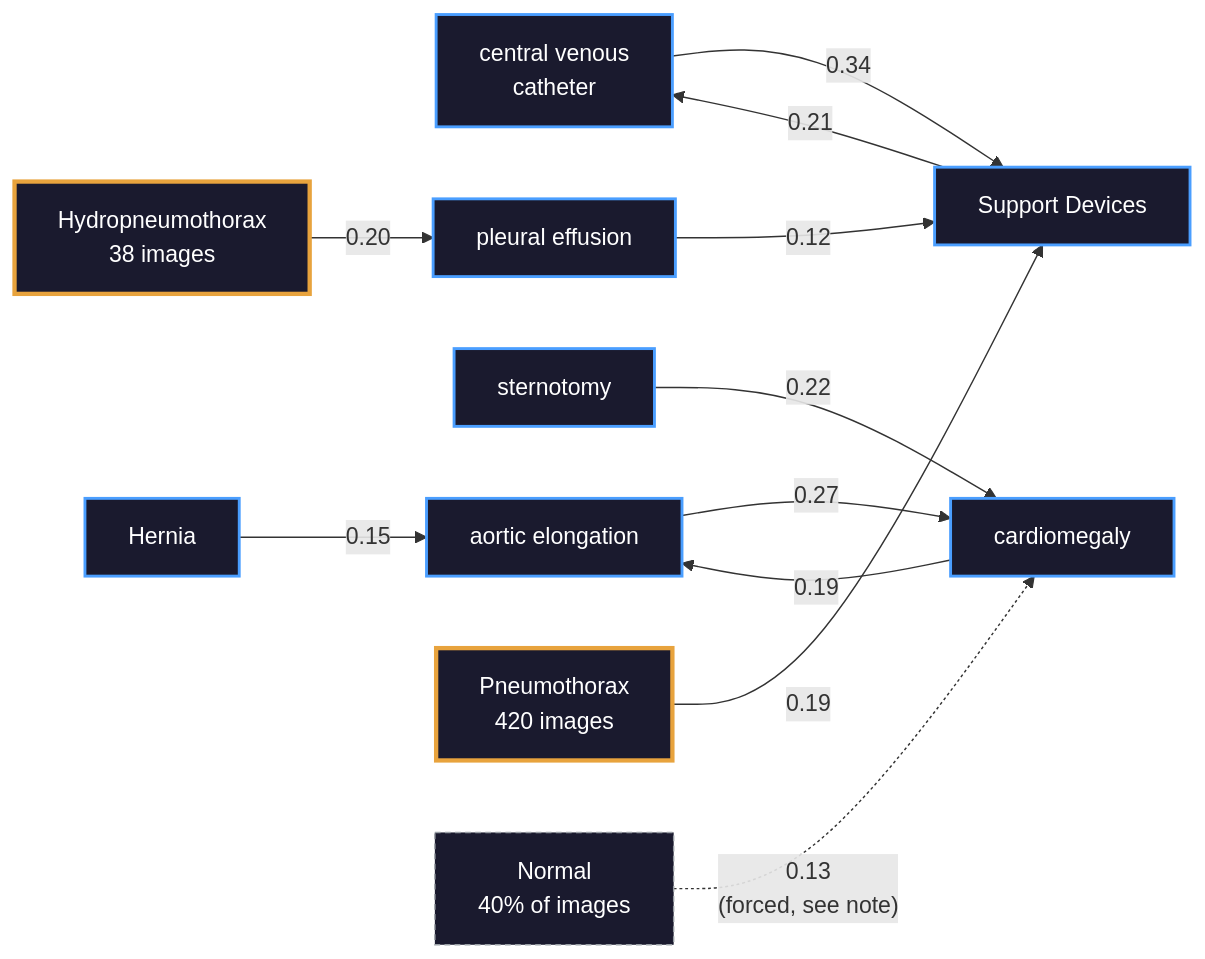
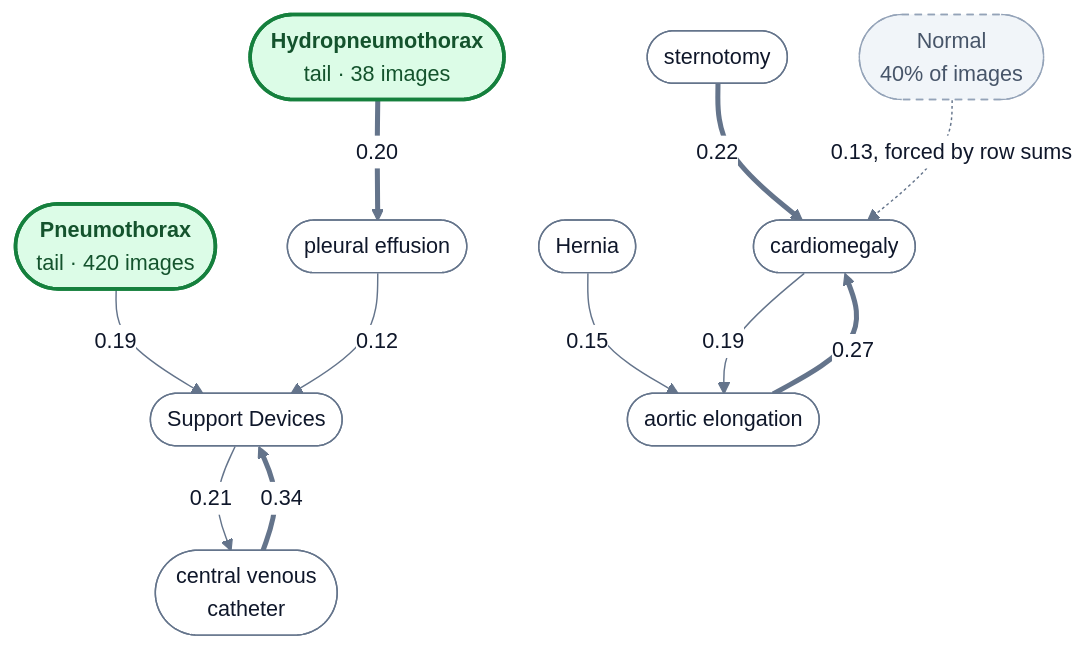
One commit to nhan03bit/ISBI_2026 changed the sixth of 7 diagrams in docs/markov-layer-architecture.md. Above: the diagram before and after it, drawn with Mermaid. The commit also changed other lines of this file and 1 other file, not shown here.

Commit message:
architecture

````diff
--- a/docs/markov-layer-architecture.md
+++ b/docs/markov-layer-architecture.md
@@ -206,20 +277,33 @@
 ```mermaid
-flowchart LR
-    CVC["central venous<br/>catheter"] -- "0.34" --> SD["Support Devices"]
+%%{init: {"theme": "base", "flowchart": {"wrappingWidth": 400, "padding": 14}, "themeVariables": {"fontSize": "15px", "lineColor": "#64748B", "primaryTextColor": "#0F172A", "edgeLabelBackground": "#FFFFFF", "clusterBkg": "#F8FAFC", "clusterBorder": "#CBD5E1", "titleColor": "#0F172A"}}}%%
+flowchart TB
+    HP(["<b>Hydropneumothorax</b><br/>tail · 38 images"]):::tail
+    PTX(["<b>Pneumothorax</b><br/>tail · 420 images"]):::tail
+    CVC(["central venous<br/>catheter"]):::data
+    ST(["sternotomy"]):::data
+    HER(["Hernia"]):::data
+    NRM(["Normal<br/>40% of images"]):::aux
+    PEF(["pleural effusion"]):::data
+    SD(["Support Devices"]):::data
+    AE(["aortic elongation"]):::data
+    CM(["cardiomegaly"]):::data
+    HP == "0.20" ==> PEF
+    PTX -- "0.19" --> SD
+    PEF -- "0.12" --> SD
+    CVC == "0.34" ==> SD
     SD -- "0.21" --> CVC
-    AE["aortic elongation"] -- "0.27" --> CM["cardiomegaly"]
+    ST == "0.22" ==> CM
+    HER -- "0.15" --> AE
+    AE == "0.27" ==> CM
     CM -- "0.19" --> AE
-    ST["sternotomy"] -- "0.22" --> CM
-    HP["Hydropneumothorax<br/>38 images"] -- "0.20" --> PEF["pleural effusion"]
-    PTX["Pneumothorax<br/>420 images"] -- "0.19" --> SD
-    PEF -- "0.12" --> SD
-    HER["Hernia"] -- "0.15" --> AE
-    NRM["Normal<br/>40% of images"] -. "0.13<br/>(forced, see note)" .-> CM
+    NRM -. "0.13, forced by row sums" .-> CM
 
-    classDef head fill:#1a1a2e,stroke:#4a9eff,stroke-width:2px,color:#fff
-    classDef tail fill:#1a1a2e,stroke:#e8a33d,stroke-width:3px,color:#fff
-    classDef norm fill:#1a1a2e,stroke:#9aa0a6,stroke-width:1px,stroke-dasharray:4 3,color:#fff
-    class CVC,SD,AE,CM,ST,PEF,HER head
-    class HP,PTX tail
-    class NRM norm
+    classDef v3 fill:#DBEAFE,stroke:#1D4ED8,stroke-width:1.5px,color:#1E3A8A
+    classDef new fill:#FFEDD5,stroke:#C2410C,stroke-width:3px,color:#7C2D12
+    classDef data fill:#FFFFFF,stroke:#64748B,stroke-width:1px,color:#0F172A
+    classDef loss fill:#EDE9FE,stroke:#6D28D9,stroke-width:1.5px,color:#4C1D95
+    classDef aux fill:#F1F5F9,stroke:#94A3B8,stroke-width:1px,stroke-dasharray:5 4,color:#475569
+    classDef warn fill:#FEE2E2,stroke:#B91C1C,stroke-width:2px,stroke-dasharray:5 4,color:#7F1D1D
+    classDef old fill:#F1F5F9,stroke:#94A3B8,stroke-width:1px,color:#334155
+    classDef tail fill:#DCFCE7,stroke:#15803D,stroke-width:2.5px,color:#14532D
 ```
````
